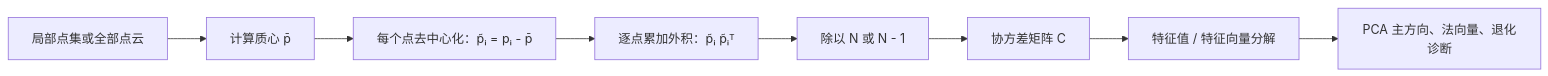
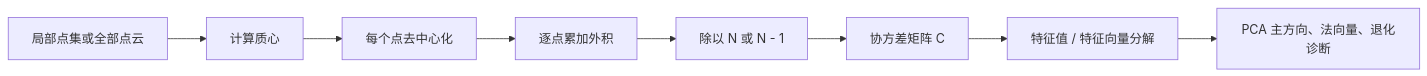
The first of 3 diagrams in src/LaserMotion/doc/ICP匹配原理与SVD讲解.md (2KM2/ROS-NOTEIC), drawn with Mermaid before and after one commit. The commit also changed other lines of this file and 1 other file, not shown here.

First line of the commit message:
docs: fix Mermaid diagrams in ICP guides

````diff
--- a/src/LaserMotion/doc/ICP匹配原理与SVD讲解.md
+++ b/src/LaserMotion/doc/ICP匹配原理与SVD讲解.md
@@ -332,10 +332,10 @@
 ```mermaid
 flowchart LR
-    A[局部点集或全部点云] --> B[计算质心 p̄]
-    B --> C[每个点去中心化：p̃ᵢ = pᵢ - p̄]
-    C --> D[逐点累加外积：p̃ᵢ p̃ᵢᵀ]
-    D --> E[除以 N 或 N - 1]
-    E --> F[协方差矩阵 C]
-    F --> G[特征值 / 特征向量分解]
-    G --> H[PCA 主方向、法向量、退化诊断]
+    A["局部点集或全部点云"] --> B["计算质心"]
+    B --> C["每个点去中心化"]
+    C --> D["逐点累加外积"]
+    D --> E["除以 N 或 N - 1"]
+    E --> F["协方差矩阵 C"]
+    F --> G["特征值 / 特征向量分解"]
+    G --> H["PCA 主方向、法向量、退化诊断"]
 ```
````
